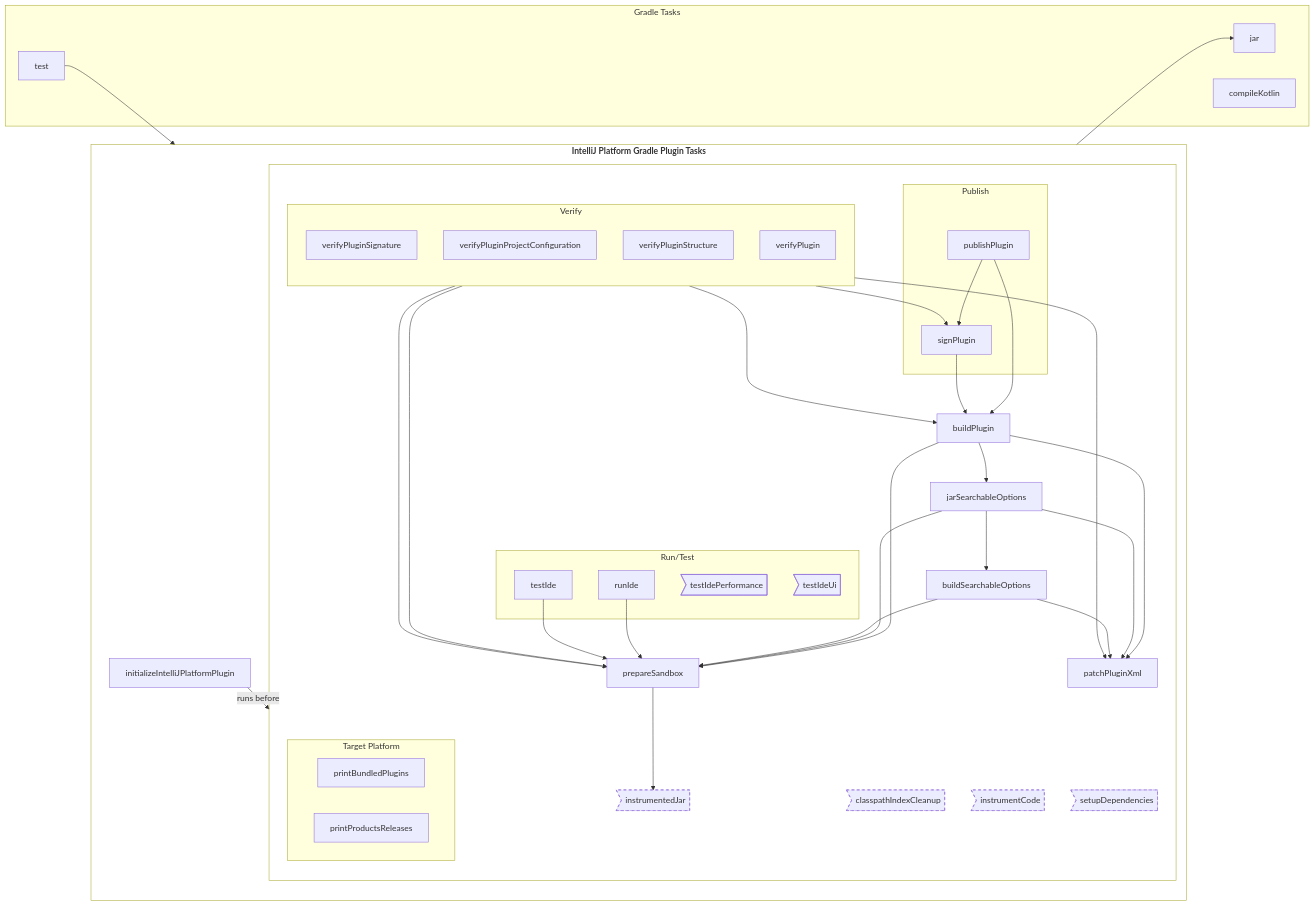
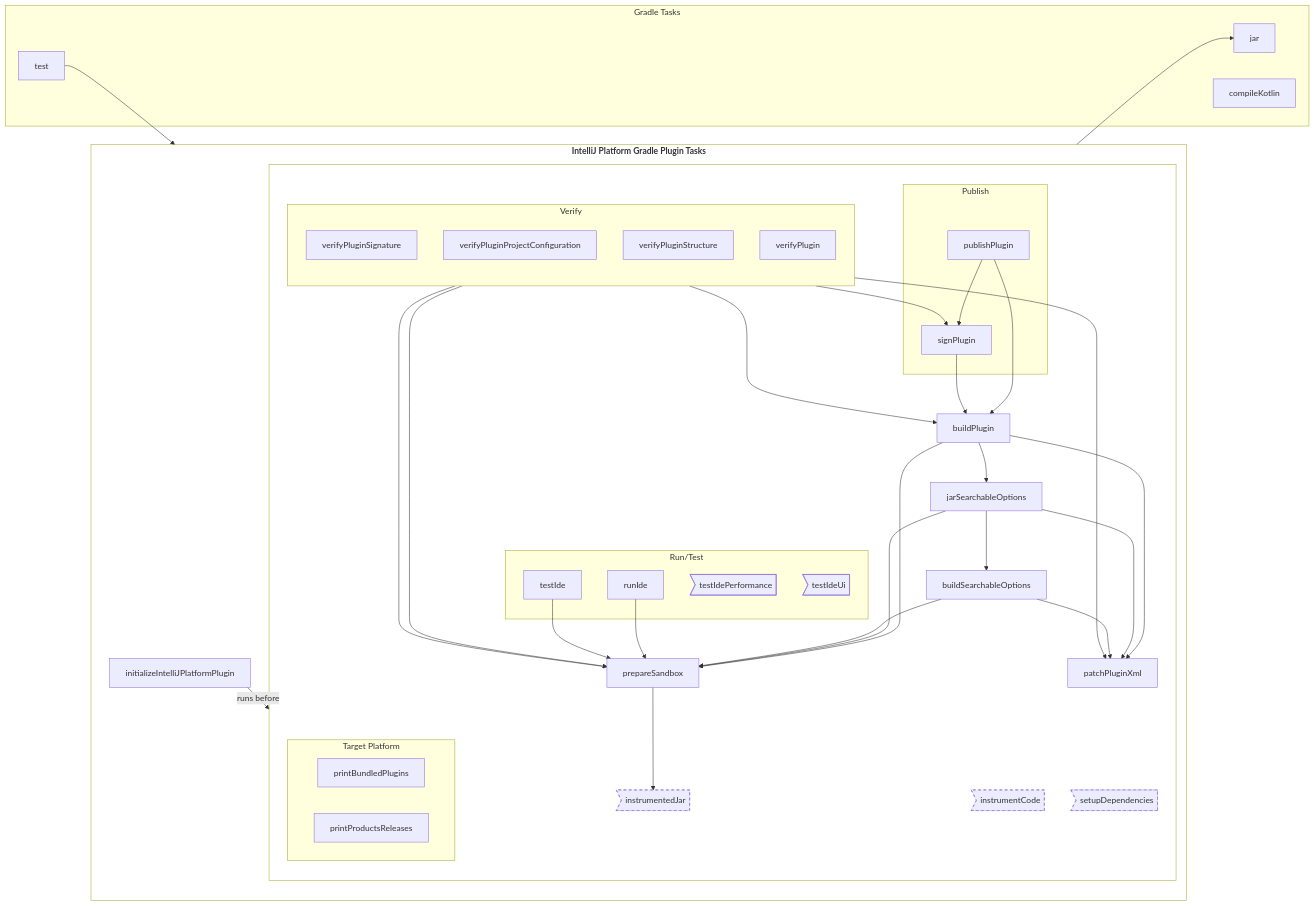
The diagram in topics/appendix/tools/intellij_platform_gradle_plugin/tools_intellij_platform_gradle_plugin_tasks.md (JetBrains/intellij-sdk-docs), drawn with Mermaid before and after one commit. The commit also changed other lines of this file, not shown here.

```diff
--- a/topics/appendix/tools/intellij_platform_gradle_plugin/tools_intellij_platform_gradle_plugin_tasks.md
+++ b/topics/appendix/tools/intellij_platform_gradle_plugin/tools_intellij_platform_gradle_plugin_tasks.md
@@ -23,7 +23,6 @@
         subgraph ALL ["` `"]
             buildPlugin
             buildSearchableOptions
-            classpathIndexCleanup>classpathIndexCleanup]
             instrumentCode>instrumentCode]
             instrumentedJar>instrumentedJar]
             jarSearchableOptions
@@ -84,7 +83,6 @@
 
     click buildPlugin "#buildPlugin"
     click buildSearchableOptions "#buildSearchableOptions"
-    click classpathIndexCleanup "#classpathIndexCleanup"
     click initializeIntelliJPlatformPlugin "#initializeIntelliJPlatformPlugin"
     click instrumentCode "#instrumentCode"
     click instrumentedJar "#instrumentedJar"
@@ -108,7 +106,6 @@
     style TASKS fill:transparent
     style ALL fill:transparent
 
-    style classpathIndexCleanup stroke-dasharray: 5 5
     style instrumentCode stroke-dasharray: 5 5
     style instrumentedJar stroke-dasharray: 5 5
     style setupDependencies stroke-dasharray: 5 5
```
